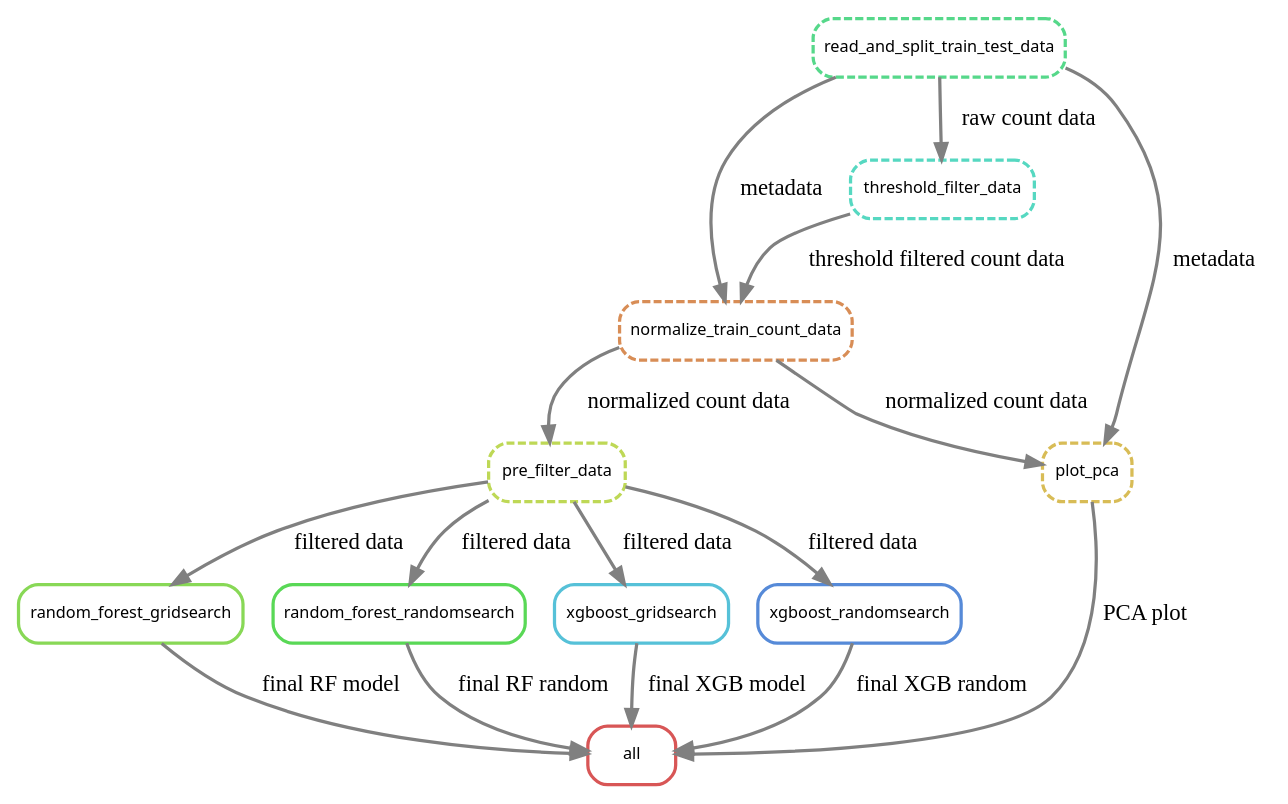
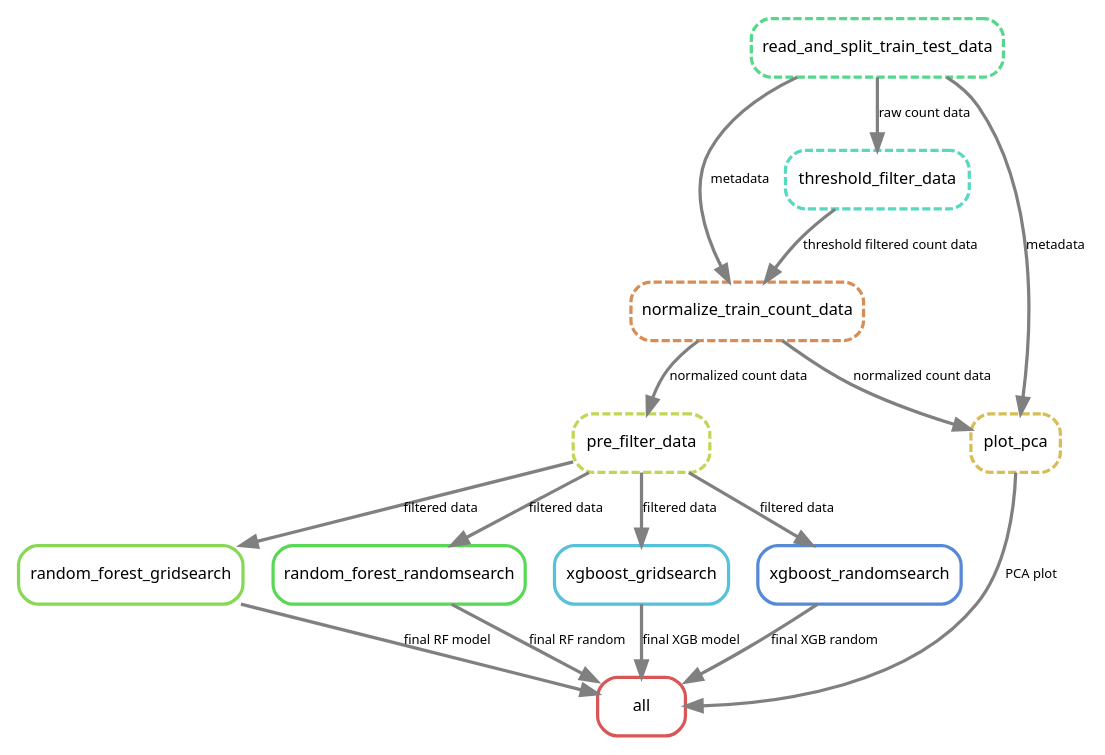
Before and after one commit to eirroer/Feature-selection-tool: the diagram in dag_12-02-25.dot, drawn with Graphviz. The commit also changed 3 other files, not shown here.

```diff
--- a/dag_12-02-25.dot
+++ b/dag_12-02-25.dot
@@ -1,34 +1,34 @@
 digraph snakemake_dag {
     graph[bgcolor=white, margin=0];
     node[shape=box, style=rounded, fontname=sans, fontsize=10, penwidth=2];
-    edge[penwidth=2, color=grey];
+    edge[penwidth=2, color=grey, fontname=sans, fontsize=8];
 
     0[label = "all", color = "0.00 0.6 0.85", style="rounded"];
     1[label = "random_forest_gridsearch", color = "0.27 0.6 0.85", style="rounded"];
     2[label = "pre_filter_data", color = "0.20 0.6 0.85", style="rounded,dashed"];
     3[label = "normalize_train_count_data", color = "0.07 0.6 0.85", style="rounded,dashed"];
     4[label = "threshold_filter_data", color = "0.47 0.6 0.85", style="rounded,dashed"];
     5[label = "read_and_split_train_test_data", color = "0.40 0.6 0.85", style="rounded,dashed"];
     6[label = "random_forest_randomsearch", color = "0.33 0.6 0.85", style="rounded"];
     7[label = "xgboost_gridsearch", color = "0.53 0.6 0.85", style="rounded"];
     8[label = "xgboost_randomsearch", color = "0.60 0.6 0.85", style="rounded"];
     9[label = "plot_pca", color = "0.13 0.6 0.85", style="rounded,dashed"];
 
     1 -> 0 [label="final RF model"];
     6 -> 0 [label="final RF random"];
     7 -> 0 [label="final XGB model"];
     8 -> 0 [label="final XGB random"];
     9 -> 0 [label="PCA plot"];
 
     2 -> 1 [label="filtered data"];
     3 -> 2 [label="normalized count data"];
     4 -> 3 [label="threshold filtered count data"];
     5 -> 3 [label="metadata"];
     5 -> 4 [label="raw count data"];
 
     2 -> 6 [label="filtered data"];
     2 -> 7 [label="filtered data"];
     2 -> 8 [label="filtered data"];
     3 -> 9 [label="normalized count data"];
     5 -> 9 [label="metadata"];
 }
```
